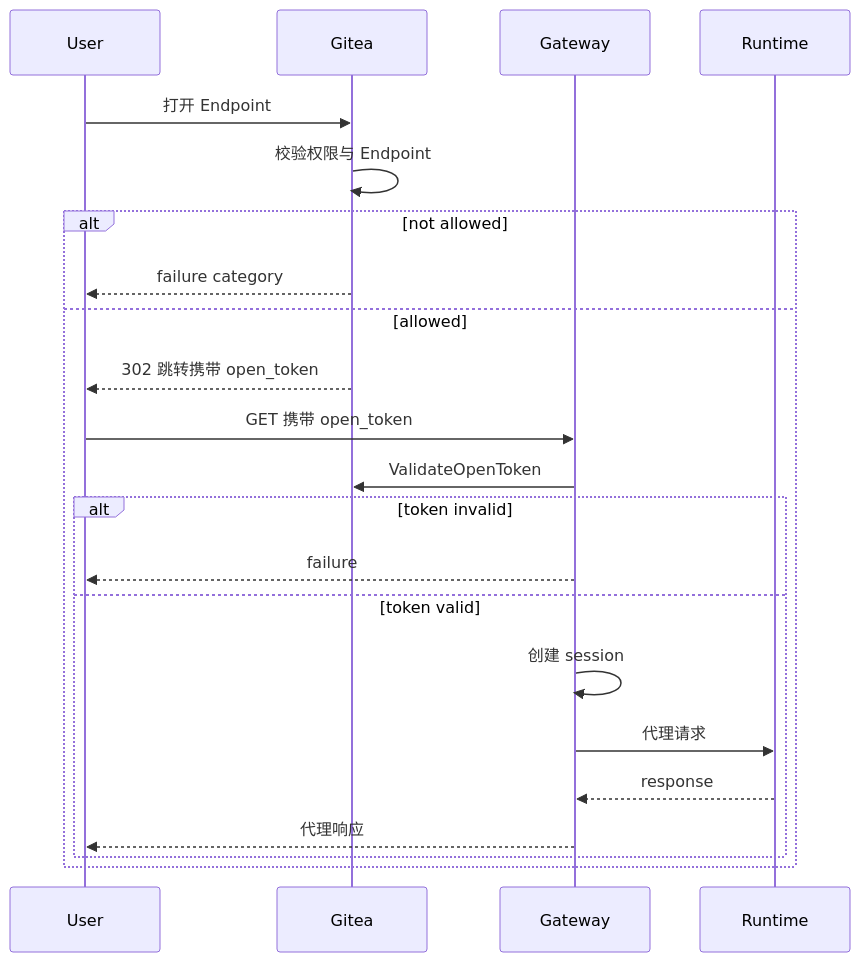
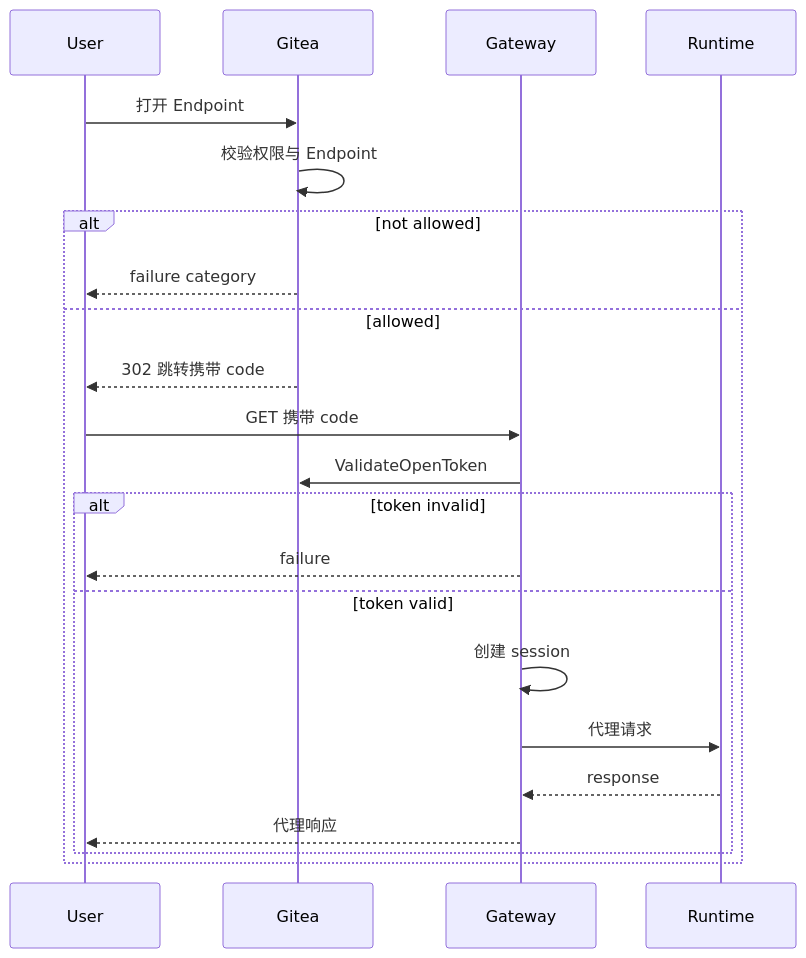
Before and after one commit to ExplodingDragon/gitea-dev: the second of 3 diagrams in src/manager-gateway.md, drawn with Mermaid. The commit also changed other lines of this file and 7 other files, not shown here.

````diff
--- a/src/manager-gateway.md
+++ b/src/manager-gateway.md
@@ -435,25 +439,25 @@
 ```mermaid
 sequenceDiagram
     participant U as User
     participant G as Gitea
     participant W as Gateway
     participant R as Runtime
 
     U->>G: 打开 Endpoint
     G->>G: 校验权限与 Endpoint
     alt not allowed
         G-->>U: failure category
     else allowed
-        G-->>U: 302 跳转携带 open_token
-        U->>W: GET 携带 open_token
+        G-->>U: 302 跳转携带 code
+        U->>W: GET 携带 code
         W->>G: ValidateOpenToken
         alt token invalid
             W-->>U: failure
         else token valid
             W->>W: 创建 session
             W->>R: 代理请求
             R-->>W: response
             W-->>U: 代理响应
         end
     end
 ```
````
